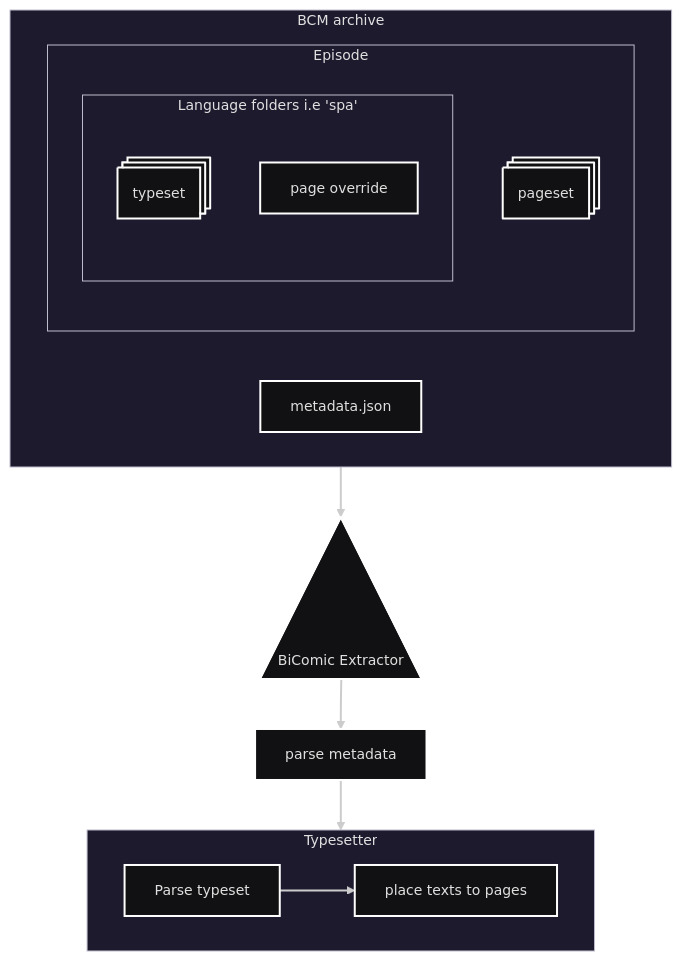
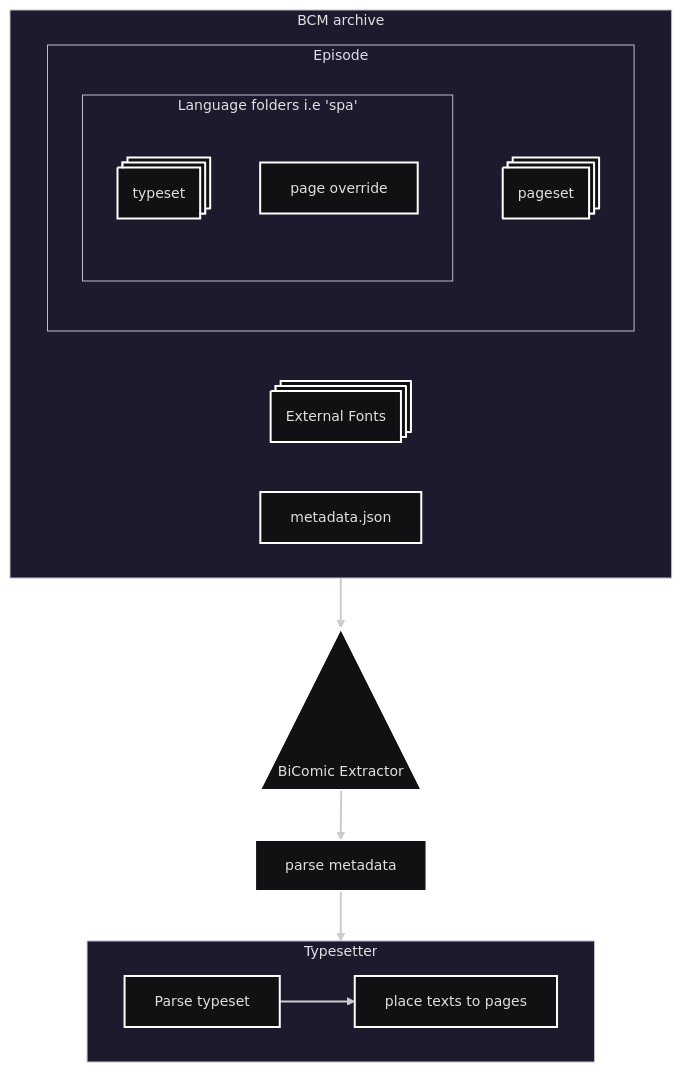
Before and after one commit to Tarik366/bicomic: the diagram in README.MD, drawn with Mermaid. The commit also changed 8 other files, not shown here.

````diff
--- a/README.MD
+++ b/README.MD
@@ -11,31 +11,32 @@
 ``` mermaid 
 ---
 config:
   theme: redux-dark
 ---
 flowchart TB
   subgraph s99["Episode"]
     n2["pageset"]
     subgraph s98["Language folders i.e 'spa'"]
       n3["typeset"]
       n81[page override]
     end
   end
  subgraph s1["BCM archive"]
     s99
-
+    n9["External Fonts"]
     n4["metadata.json"]
   end
   subgraph s2["Typesetter"]
         n7["Parse typeset"]
         n8["place texts to pages"]
   end
     n7 --> n8
     s1 --> n5["BiComic Extractor"]
     n5 --> n6["parse metadata"]
     n6 --> s2
 
     n2@{ shape: procs}
     n3@{ shape: procs}
+    n9@{ shape: procs}
     n5@{ shape: extract}
 ```
````
